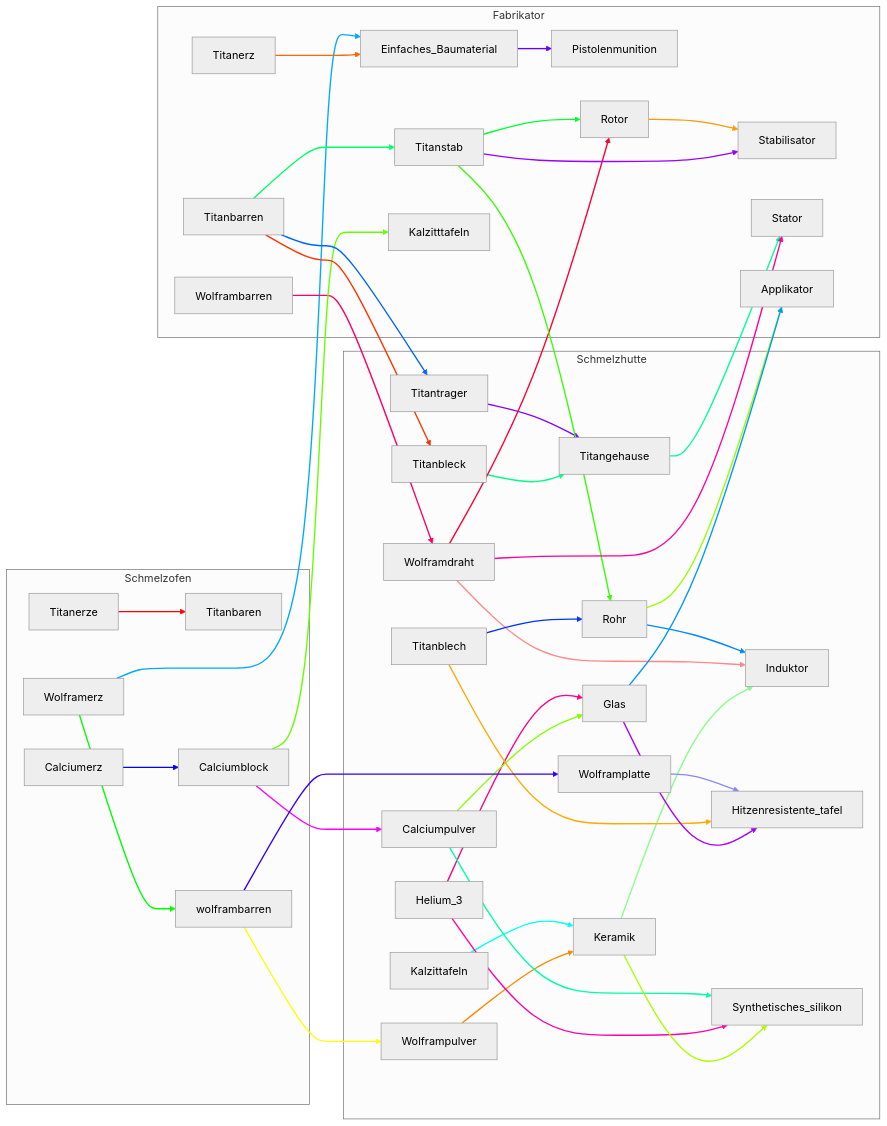
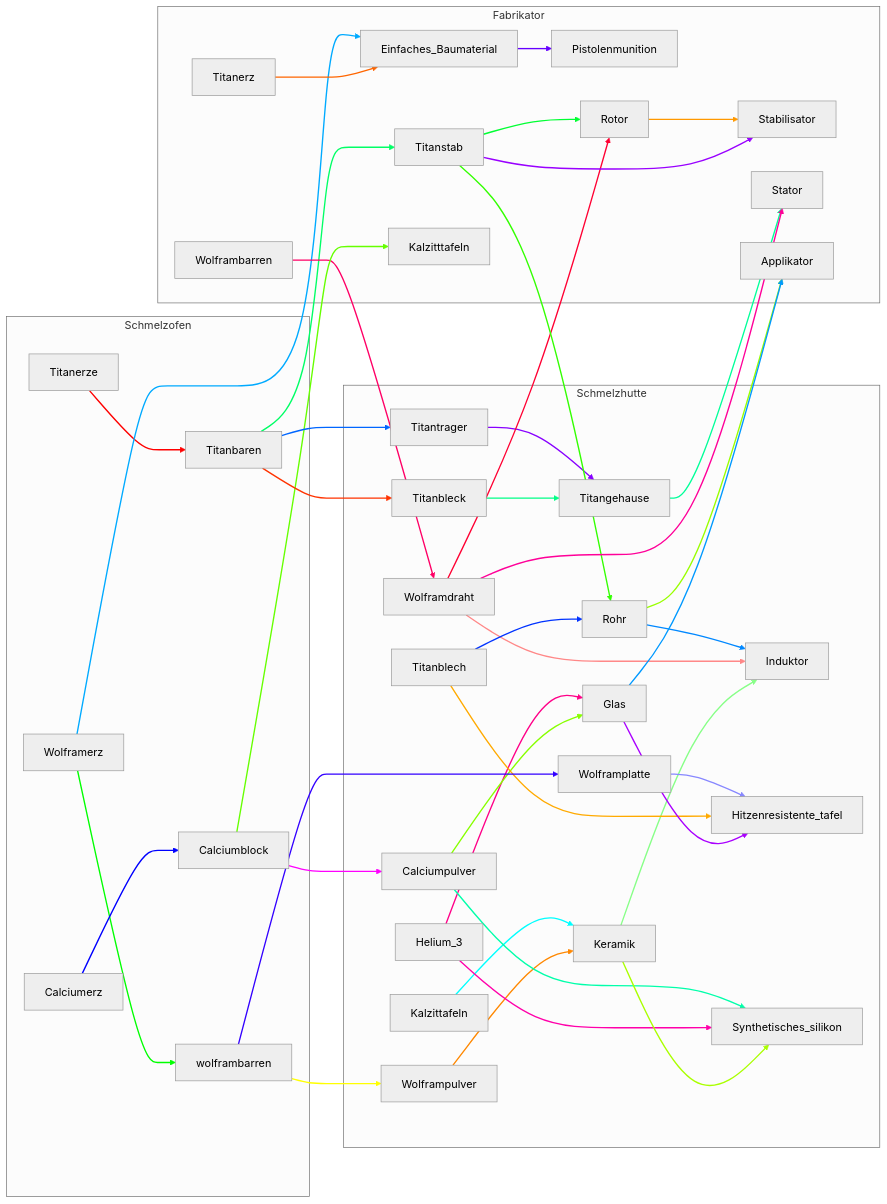
Before and after one commit to andrevdl/StarRuptere: the diagram in tree.md, drawn with Mermaid (neutral theme).

```diff
--- a/tree.md
+++ b/tree.md
@@ -33,11 +33,11 @@
         Wolframerz-->Einfaches_Baumaterial;
         Titanerz-->Einfaches_Baumaterial;
         Einfaches_Baumaterial-->Pistolenmunition;
-        Titanbarren-->Titanstab;
+        Titanbaren-->Titanstab;
         Wolframbarren-->Wolframdraht;
         Calciumblock-->Kalzitttafeln;
-        Titanbarren-->Titantrager;
-        Titanbarren-->Titanbleck;
+        Titanbaren-->Titantrager;
+        Titanbaren-->Titanbleck;
         wolframbarren-->Wolframplatte;
         Titanstab-->Rotor;
         Wolframdraht-->Rotor;
```
